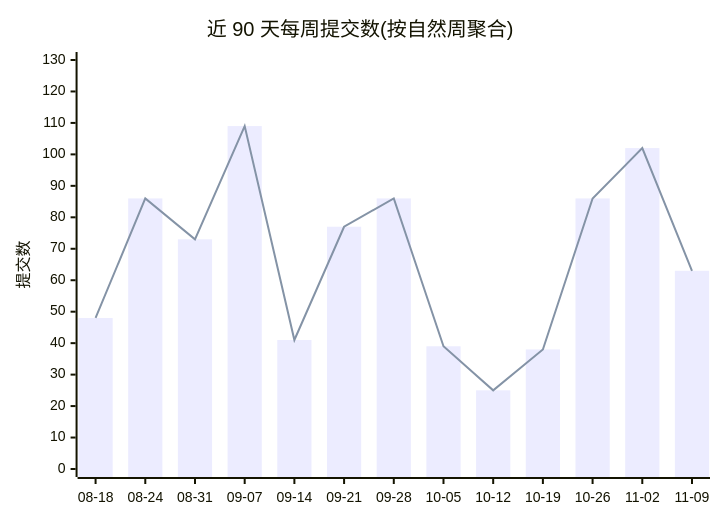
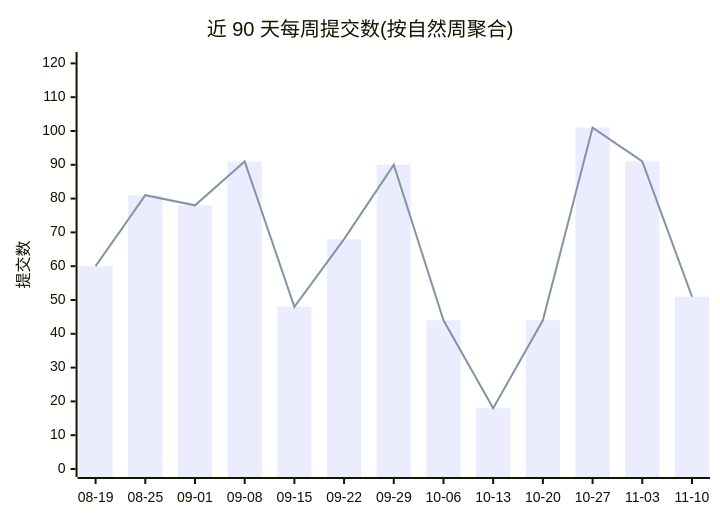
Before and after one commit to Conflux-Union/.github: the first of 2 diagrams in profile/README.md, drawn with Mermaid. The commit also changed other lines of this file and 1 other file, not shown here.

````diff
--- a/profile/README.md
+++ b/profile/README.md
@@ -47,8 +47,8 @@
 ```mermaid
 xychart-beta
     title "近 90 天每周提交数(按自然周聚合)"
-    x-axis ["08-18", "08-24", "08-31", "09-07", "09-14", "09-21", "09-28", "10-05", "10-12", "10-19", "10-26", "11-02", "11-09"]
-    y-axis "提交数" 0 --> 130
-    bar [48, 86, 73, 109, 41, 77, 86, 39, 25, 38, 86, 102, 63]
-    line [48, 86, 73, 109, 41, 77, 86, 39, 25, 38, 86, 102, 63]
+    x-axis ["08-19", "08-25", "09-01", "09-08", "09-15", "09-22", "09-29", "10-06", "10-13", "10-20", "10-27", "11-03", "11-10"]
+    y-axis "提交数" 0 --> 121
+    bar [60, 81, 78, 91, 48, 68, 90, 44, 18, 44, 101, 91, 51]
+    line [60, 81, 78, 91, 48, 68, 90, 44, 18, 44, 101, 91, 51]
 ```
````
